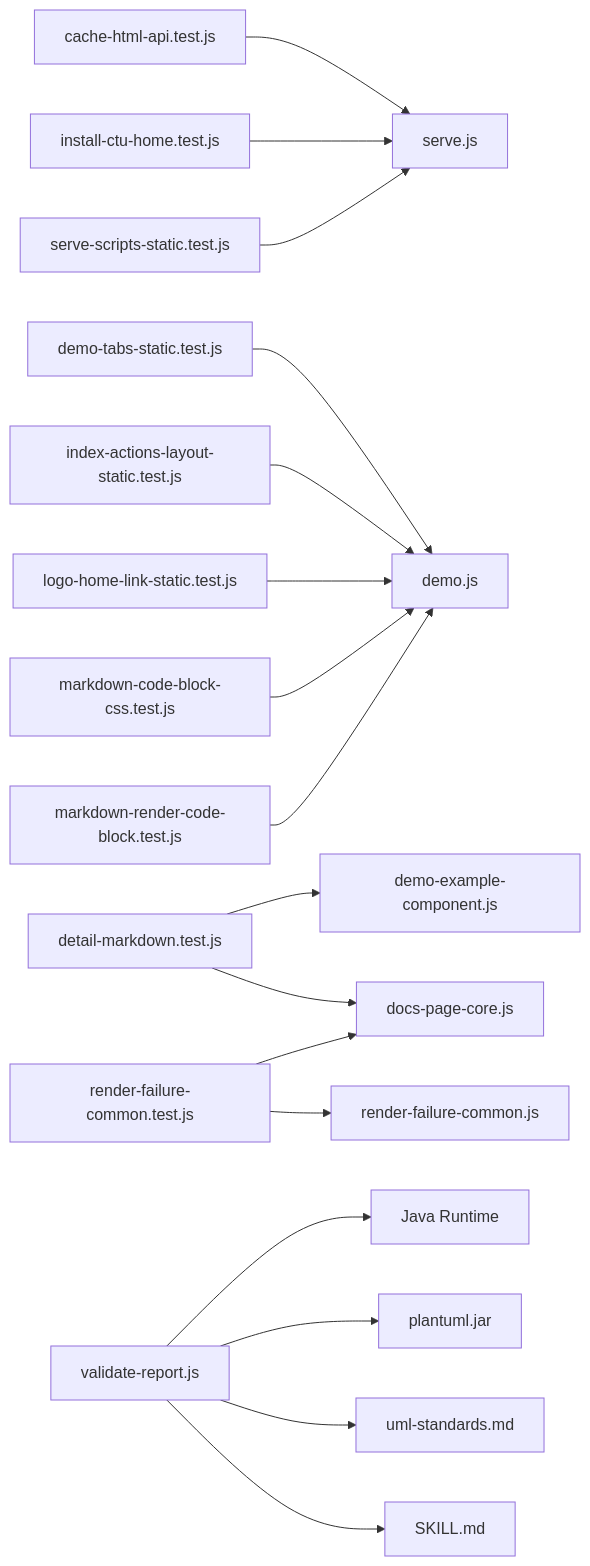
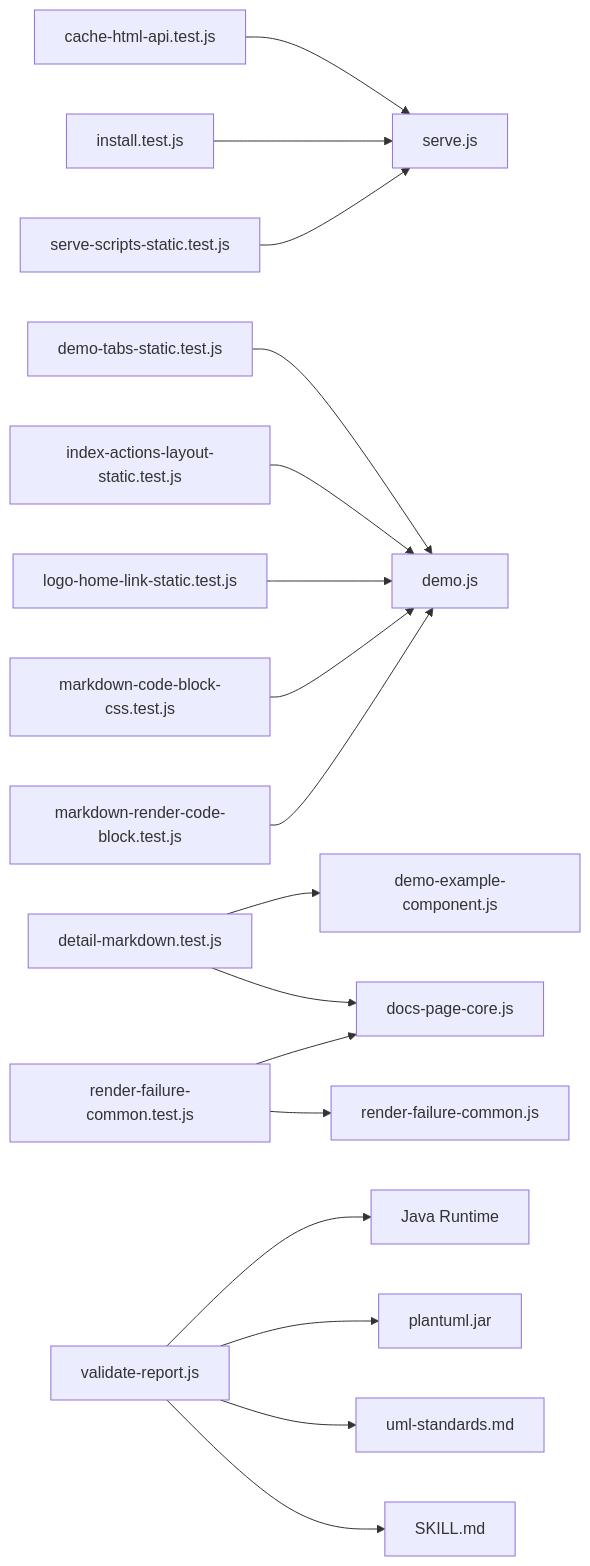
The tenth of 10 diagrams in .qoder/repowiki/en/content/Testing and Quality Assurance.md (pingwurth/code-to-uml), drawn with Mermaid before and after one commit. The commit also changed other lines of this file and 26 other files, not shown here.

Commit message:
rename install-ctu-home.js install.js

````diff
--- a/.qoder/repowiki/en/content/Testing and Quality Assurance.md
+++ b/.qoder/repowiki/en/content/Testing and Quality Assurance.md
@@ -438,19 +438,19 @@
 ```mermaid
 graph LR
 T1["cache-html-api.test.js"] --> S["serve.js"]
 T2["demo-tabs-static.test.js"] --> D["demo.js"]
 T3["detail-markdown.test.js"] --> C1["demo-example-component.js"]
 T3 --> C2["docs-page-core.js"]
 T4["index-actions-layout-static.test.js"] --> D
-T5["install-ctu-home.test.js"] --> S
+T5["install.test.js"] --> S
 T6["logo-home-link-static.test.js"] --> D
 T7["markdown-code-block-css.test.js"] --> D
 T8["markdown-render-code-block.test.js"] --> D
 T9["render-failure-common.test.js"] --> C3["render-failure-common.js"]
 T9 --> C2
 T10["serve-scripts-static.test.js"] --> S
 V1["validate-report.js"] --> J["Java Runtime"]
 V1 --> P["plantuml.jar"]
 V1 --> U["uml-standards.md"]
 V1 --> K["SKILL.md"]
 ```
````
